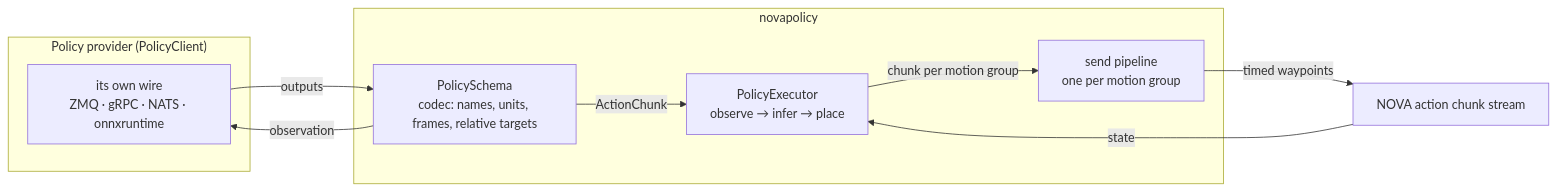
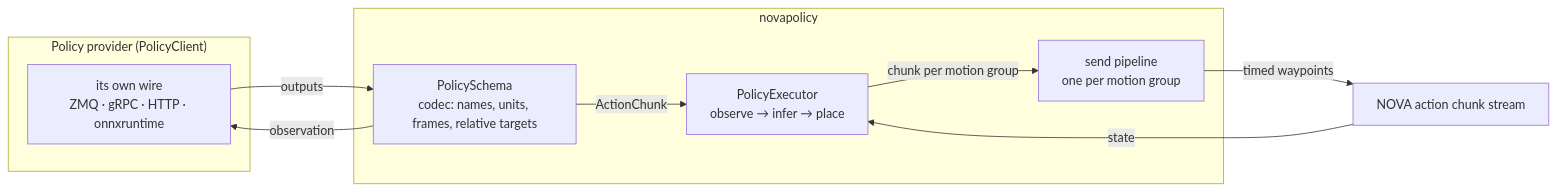
The first of 4 diagrams in novapolicy/docs/architecture.md (wandelbotsgmbh/wandelbots-nova), drawn with Mermaid before and after one commit. The commit also changed other lines of this file and 19 other files, not shown here.

````diff
--- a/novapolicy/docs/architecture.md
+++ b/novapolicy/docs/architecture.md
@@ -10,18 +10,18 @@
 ```mermaid
 flowchart LR
     subgraph Provider["Policy provider (PolicyClient)"]
-        W["its own wire<br/>ZMQ · gRPC · NATS · onnxruntime"]
+        W["its own wire<br/>ZMQ · gRPC · HTTP · onnxruntime"]
     end
     subgraph Package["novapolicy"]
         S["PolicySchema<br/>codec: names, units, frames, relative targets"]
         E["PolicyExecutor<br/>observe → infer → place"]
         P["send pipeline<br/>one per motion group"]
     end
     N["NOVA action chunk stream"]
     S -- observation --> W
     W -- outputs --> S
     S -- ActionChunk --> E
     E -- chunk per motion group --> P
     P -- timed waypoints --> N
     N -- state --> E
 ```
````
